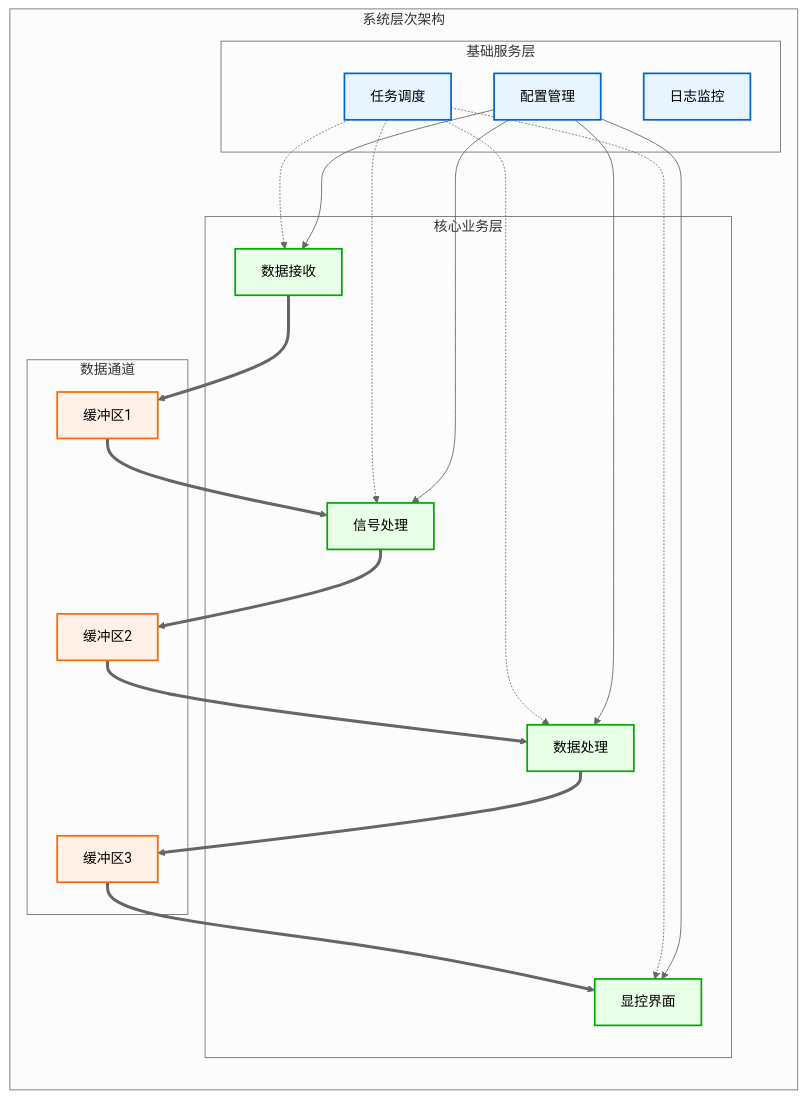
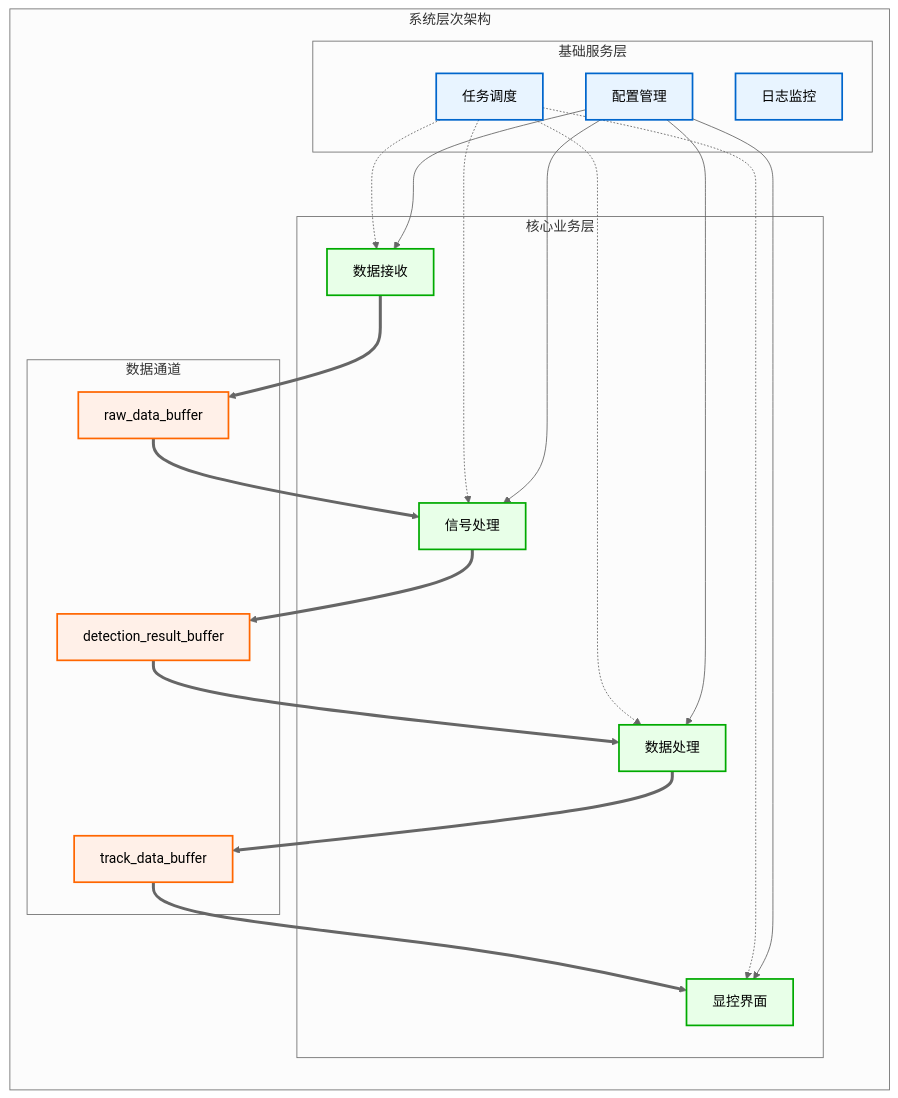
One commit to wendizhou99-cell/Radar changed the first of 13 diagrams in docs/01_项目设计/02_模块设计/99_模块集成策略.md. Above: the diagram before and after it, drawn with Mermaid (neutral theme). The commit also changed other lines of this file and 9 other files, not shown here.

````diff
--- a/docs/01_项目设计/02_模块设计/99_模块集成策略.md
+++ b/docs/01_项目设计/02_模块设计/99_模块集成策略.md
@@ -66,52 +69,52 @@
 ```mermaid
 flowchart TB
     subgraph "系统层次架构"
         direction TB
         subgraph "基础服务层"
             CONFIG[配置管理]
             LOG[日志监控]
             SCHEDULER[任务调度]
         end
 
         subgraph "核心业务层"
             RECEIVER[数据接收]
             SIGNAL[信号处理]
             DATA[数据处理]
             DISPLAY[显控界面]
         end
 
         subgraph "数据通道"
-            BUFFER1[缓冲区1]
-            BUFFER2[缓冲区2]
-            BUFFER3[缓冲区3]
+            BUFFER1[raw_data_buffer]
+            BUFFER2[detection_result_buffer]
+            BUFFER3[track_data_buffer]
         end
     end
 
     %% 数据流（粗实线）
     RECEIVER ==> BUFFER1
     BUFFER1 ==> SIGNAL
     SIGNAL ==> BUFFER2
     BUFFER2 ==> DATA
     DATA ==> BUFFER3
     BUFFER3 ==> DISPLAY
 
     %% 控制流（虚线）
     SCHEDULER -.-> RECEIVER
     SCHEDULER -.-> SIGNAL
     SCHEDULER -.-> DATA
     SCHEDULER -.-> DISPLAY
 
     %% 配置流（点线）
     CONFIG --> RECEIVER
     CONFIG --> SIGNAL
     CONFIG --> DATA
     CONFIG --> DISPLAY
 
     classDef service fill:#e8f4ff,stroke:#0066cc,stroke-width:2px
     classDef business fill:#e8ffe8,stroke:#00aa00,stroke-width:2px
     classDef buffer fill:#fff0e8,stroke:#ff6600,stroke-width:2px
 
     class CONFIG,LOG,SCHEDULER service
     class RECEIVER,SIGNAL,DATA,DISPLAY business
     class BUFFER1,BUFFER2,BUFFER3 buffer
 ```
````
